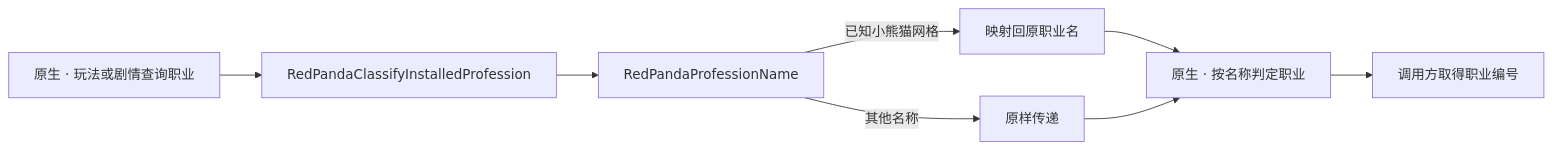
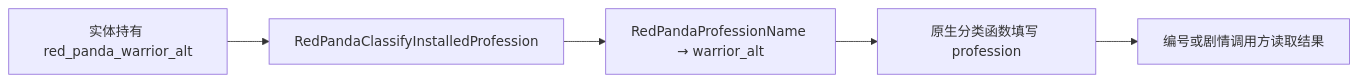
Before and after one commit to dreamstring/SinkingStarRedPanda: the third of 3 diagrams in README.md, drawn with Mermaid. The commit also changed other lines of this file, not shown here.

````diff
--- a/README.md
+++ b/README.md
@@ -102,10 +96,7 @@
 ```mermaid
 flowchart LR
-    A["原生 · 玩法或剧情查询职业"] --> B["RedPandaClassifyInstalledProfession"]
-    B --> C["RedPandaProfessionName"]
-    C -->|已知小熊猫网格| D["映射回原职业名"]
-    C -->|其他名称| E["原样传递"]
-    D --> F["原生 · 按名称判定职业"]
-    E --> F
-    F --> G["调用方取得职业编号"]
+    A["实体持有 red_panda_warrior_alt"] --> B["RedPandaClassifyInstalledProfession"]
+    B --> C["RedPandaProfessionName → warrior_alt"]
+    C --> D["原生分类函数填写 profession"]
+    D --> E["编号或剧情调用方读取结果"]
 ```
````
